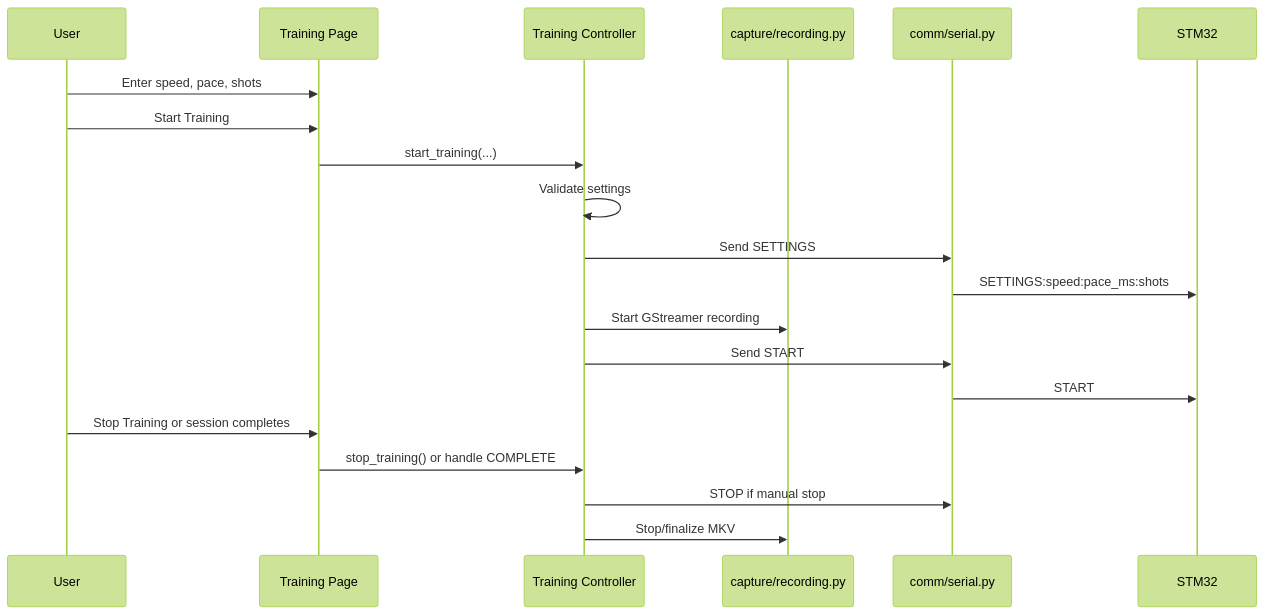
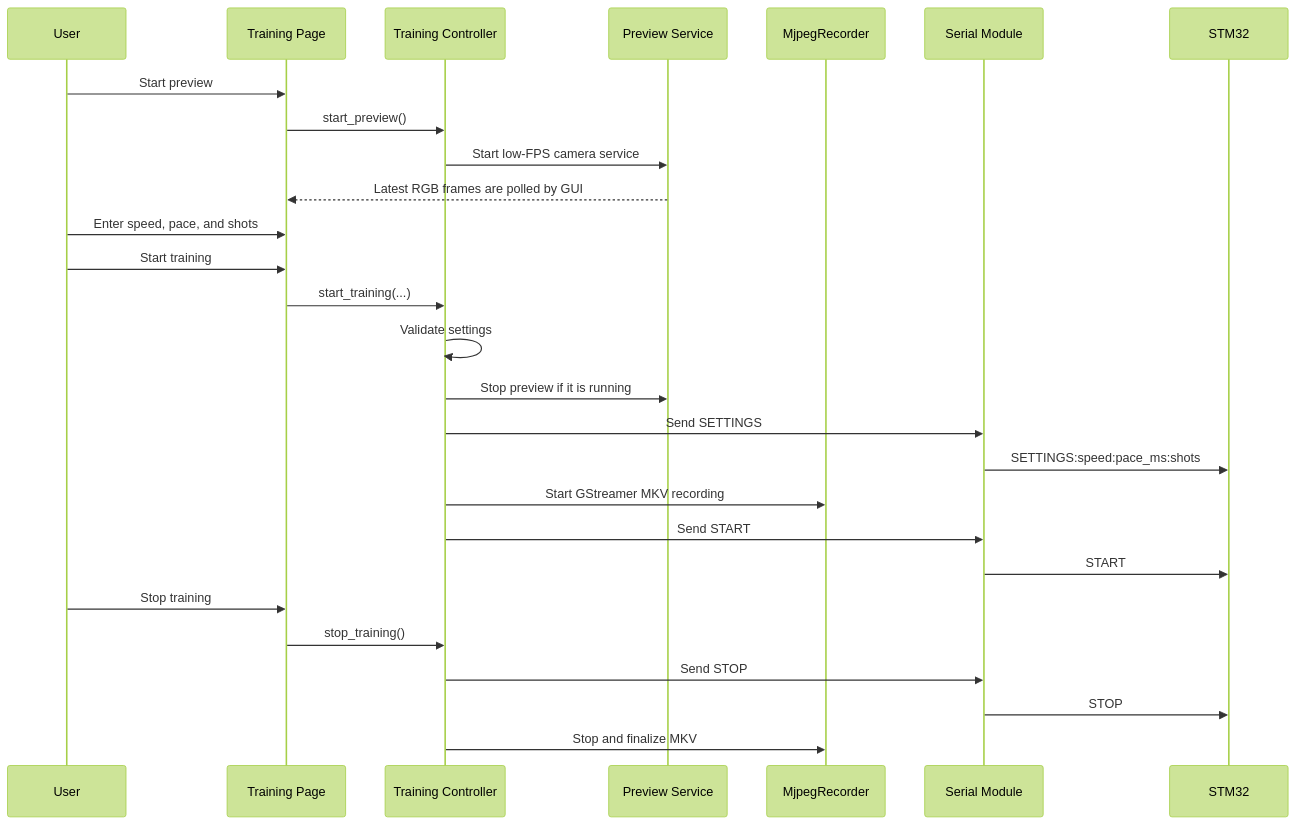
Before and after one commit to CoulterRolph/Capstone_Opencv: the second of 4 diagrams in jetson/docs/software_architecture.md, drawn with Mermaid (forest theme). The commit also changed other lines of this file and 3 other files, not shown here.

````diff
--- a/jetson/docs/software_architecture.md
+++ b/jetson/docs/software_architecture.md
@@ -118,23 +152,32 @@
 ```mermaid
 sequenceDiagram
     participant U as User
     participant TP as Training Page
     participant TC as Training Controller
-    participant REC as capture/recording.py
-    participant SER as comm/serial.py
+    participant PV as Preview Service
+    participant REC as MjpegRecorder
+    participant SER as Serial Module
     participant STM as STM32
 
-    U->>TP: Enter speed, pace, shots
-    U->>TP: Start Training
+    U->>TP: Start preview
+    TP->>TC: start_preview()
+    TC->>PV: Start low-FPS camera service
+    PV-->>TP: Latest RGB frames are polled by GUI
+
+    U->>TP: Enter speed, pace, and shots
+    U->>TP: Start training
     TP->>TC: start_training(...)
     TC->>TC: Validate settings
+    TC->>PV: Stop preview if it is running
     TC->>SER: Send SETTINGS
     SER->>STM: SETTINGS:speed:pace_ms:shots
-    TC->>REC: Start GStreamer recording
+    TC->>REC: Start GStreamer MKV recording
     TC->>SER: Send START
     SER->>STM: START
-    U->>TP: Stop Training or session completes
-    TP->>TC: stop_training() or handle COMPLETE
-    TC->>SER: STOP if manual stop
-    TC->>REC: Stop/finalize MKV
+
+    U->>TP: Stop training
+    TP->>TC: stop_training()
+    TC->>SER: Send STOP
+    SER->>STM: STOP
+    TC->>REC: Stop and finalize MKV
 ```
````
